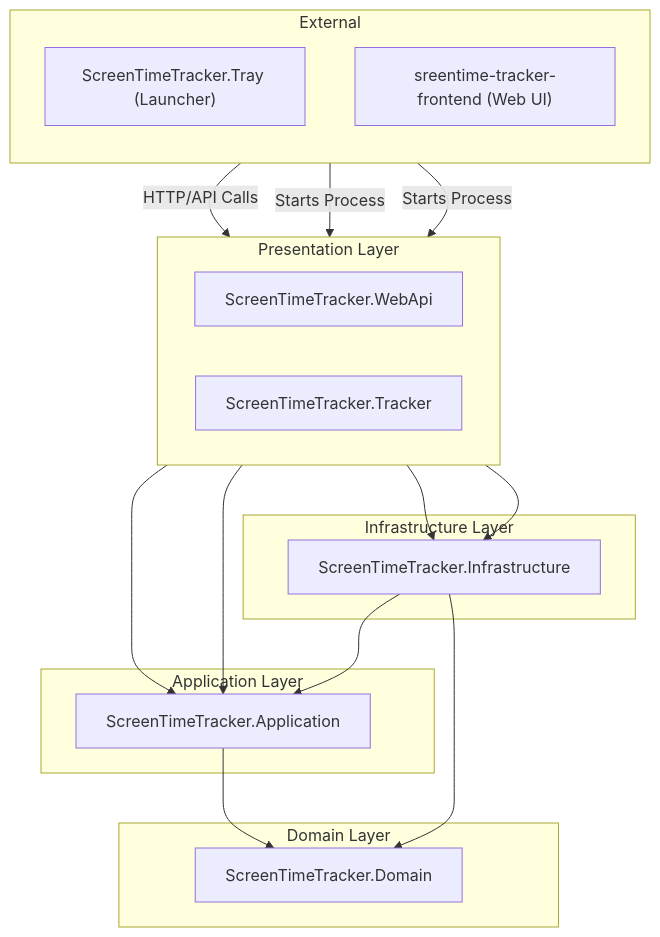
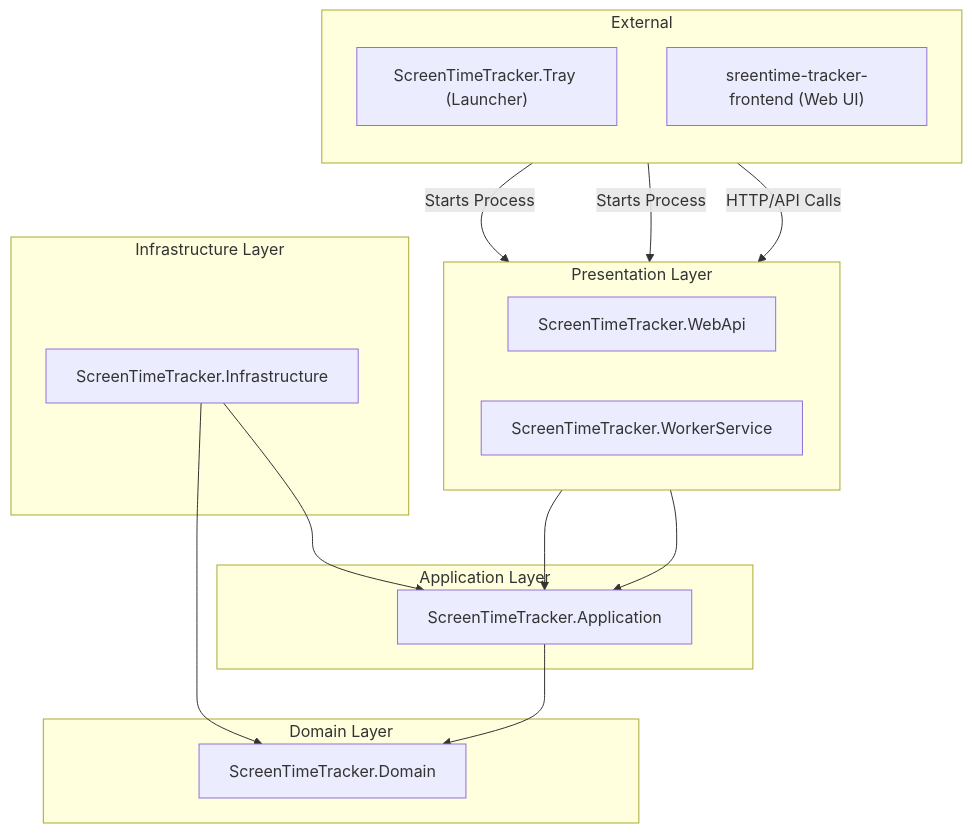
One commit to LaLa-HaHa-Hei/ScreenTimeTracker changed the diagram in docs/architecture-overview.md. Above: the diagram before and after it, drawn with Mermaid. The commit also changed other lines of this file and 131 other files, not shown here.

````diff
--- a/docs/architecture-overview.md
+++ b/docs/architecture-overview.md
@@ -5,34 +5,32 @@
 ```mermaid
 graph TD
     subgraph "External"
         direction TB
         ST_Tray["ScreenTimeTracker.Tray (Launcher)"]
         Vue_Frontend["sreentime-tracker-frontend (Web UI)"]
     end
     subgraph "Presentation Layer"
         direction LR
         ST_WebApi["ScreenTimeTracker.WebApi"]
-        ST_Tracker["ScreenTimeTracker.Tracker"]
+        ST_WorkerService["ScreenTimeTracker.WorkerService"]
     end
     subgraph "Infrastructure Layer"
         ST_Infrastructure["ScreenTimeTracker.Infrastructure"]
     end
     subgraph "Application Layer"
         ST_Application["ScreenTimeTracker.Application"]
     end
     subgraph "Domain Layer"
         ST_Domain["ScreenTimeTracker.Domain"]
     end
 
     %% Dependencies
     ST_WebApi --> ST_Application
-    ST_Tracker --> ST_Application
-    ST_WebApi --> ST_Infrastructure
-    ST_Tracker --> ST_Infrastructure
+    ST_WorkerService --> ST_Application
     ST_Application --> ST_Domain
     ST_Infrastructure --> ST_Application
     ST_Infrastructure --> ST_Domain
     Vue_Frontend -- "HTTP/API Calls" --> ST_WebApi
     ST_Tray -- "Starts Process" --> ST_WebApi
-    ST_Tray -- "Starts Process" --> ST_Tracker
+    ST_Tray -- "Starts Process" --> ST_WorkerService
 ```
````
